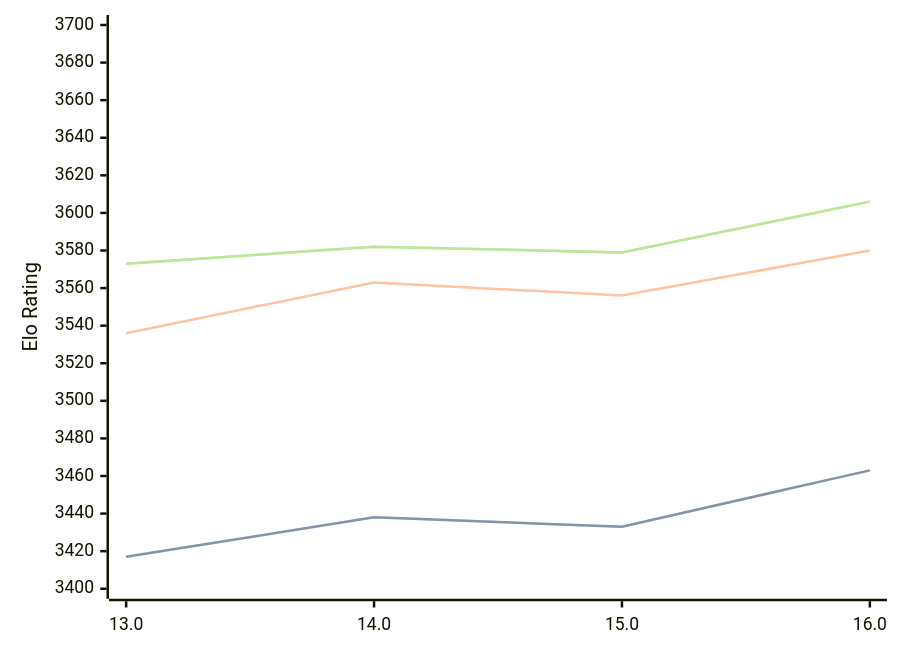
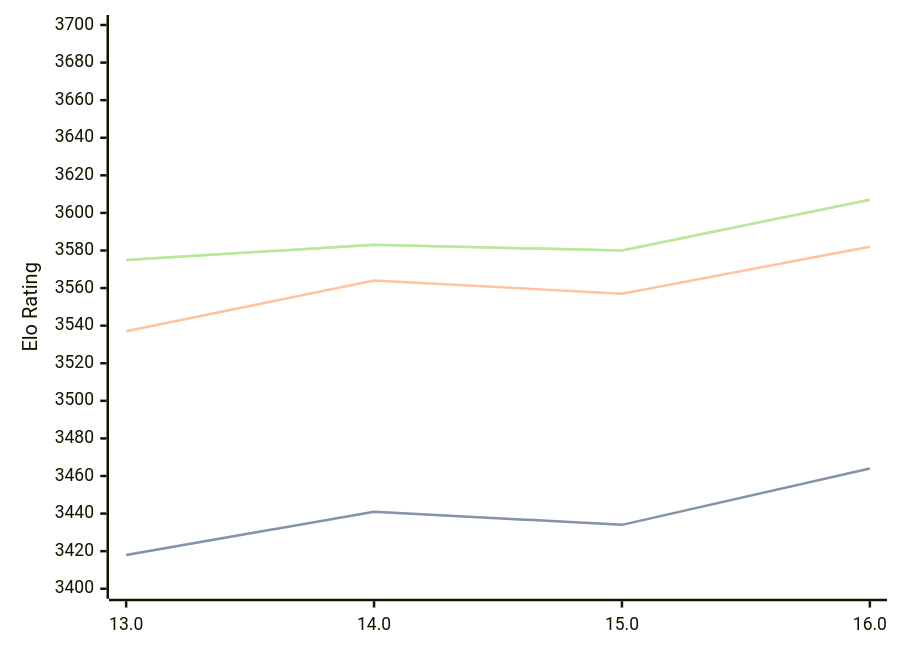
Before and after one commit to computer-chess-index/cci: the diagram in engines/Obsidian.md, drawn with Mermaid. The commit also changed other lines of this file, not shown here.

Commit message:
Update CCI Ratings (ELO VLTC) - 2026-03-29

````diff
--- a/engines/Obsidian.md
+++ b/engines/Obsidian.md
@@ -43,11 +43,11 @@
 ```mermaid
 %%{init: {"theme":"base","themeVariables":{"seriesColors:['#a3a3a3','#222221','#faa371']}}}%%
 xychart-beta
   x-axis ["13.0", "14.0", "15.0", "16.0"]
   y-axis "Elo Rating" 3400 --> 3700
-  line "STC (8.0+0.08s)" [3417, 3438, 3433, 3463]
-  line "STC (8.0+0.08s)" [3417, 3438, 3433, 3463]
-  line "LTC (60.0+0.60s)" [3536, 3563, 3556, 3580]
-  line "VLTC (2m24s+1.12s)" [3573, 3582, 3579, 3606]
-  line "VLTC (2m24s+1.12s)" [3573, 3582, 3579, 3606]
+  line "STC (8.0+0.08s)" [3418, 3441, 3434, 3464]
+  line "STC (8.0+0.08s)" [3418, 3441, 3434, 3464]
+  line "LTC (60.0+0.60s)" [3537, 3564, 3557, 3582]
+  line "VLTC (2m24s+1.12s)" [3575, 3583, 3580, 3607]
+  line "VLTC (2m24s+1.12s)" [3575, 3583, 3580, 3607]
 ```
````
